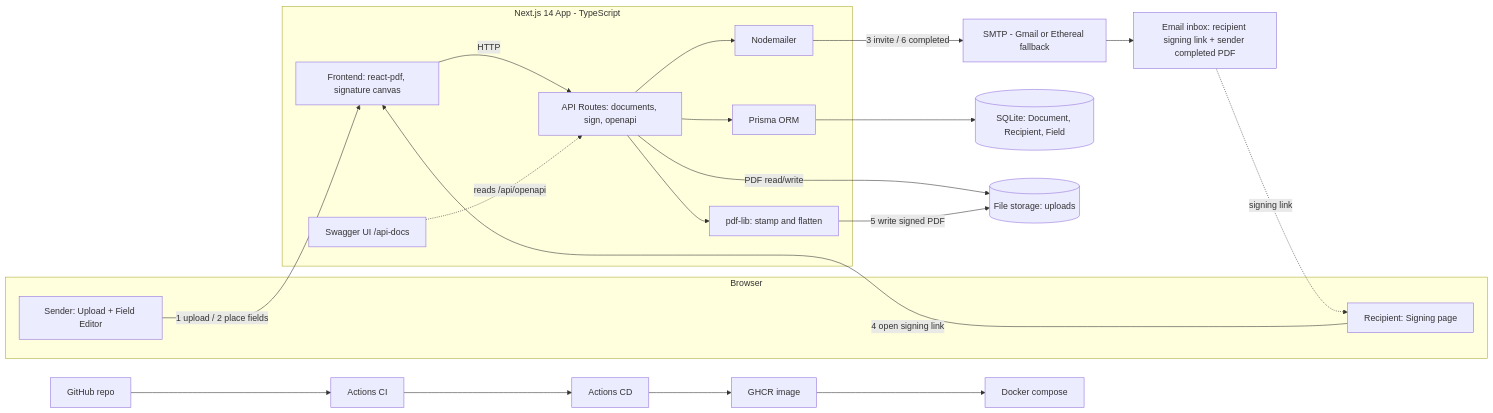
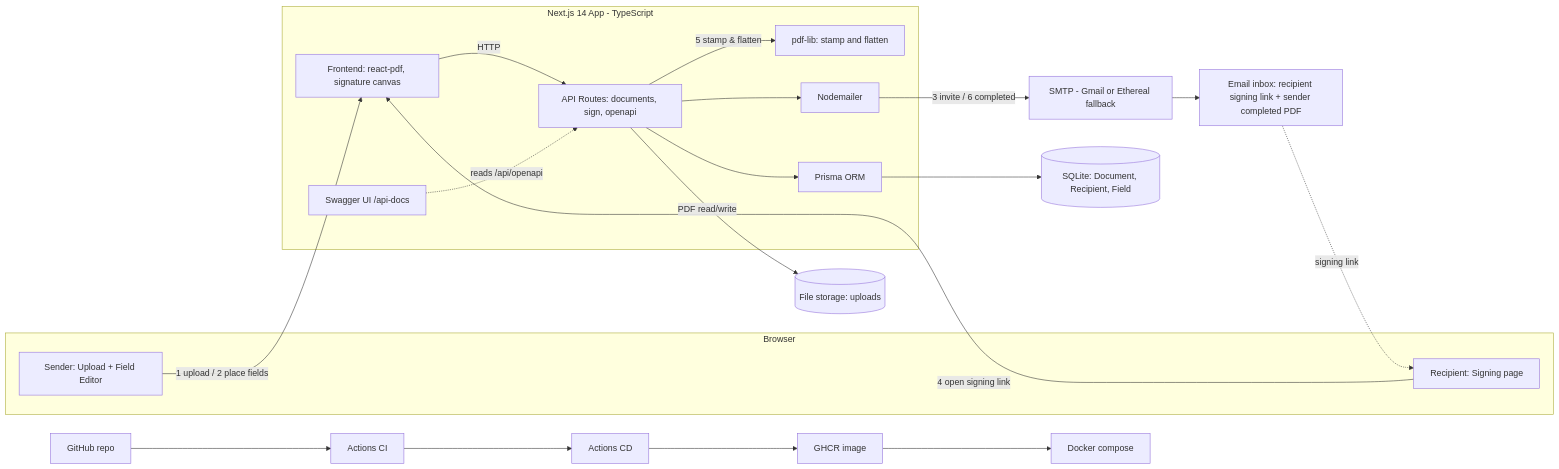
The second of 2 diagrams in README.md (farahfarchoukh/esign-mvp), drawn with Mermaid before and after one commit. The commit also changed 1 other file, not shown here.

Commit message:
docs: restore step 5 on API->pdf-lib; keep diagram + README consistent

````diff
--- a/README.md
+++ b/README.md
@@ -30,31 +30,30 @@
 ```mermaid
 flowchart LR
   subgraph Client[Browser]
     S[Sender: Upload + Field Editor]
     R[Recipient: Signing page]
   end
   subgraph App[Next.js 14 App - TypeScript]
     FE[Frontend: react-pdf, signature canvas]
     API[API Routes: documents, sign, openapi]
     STAMP[pdf-lib: stamp and flatten]
     MAIL[Nodemailer]
     PRISMA[Prisma ORM]
     SW[Swagger UI /api-docs]
   end
   DB[(SQLite: Document, Recipient, Field)]
   FILES[(File storage: uploads)]
   SMTP[SMTP - Gmail or Ethereal fallback]
   INBOX[Email inbox: recipient signing link + sender completed PDF]
   GH[GitHub repo] --> CI[Actions CI] --> CD[Actions CD] --> GHCR[GHCR image] --> DOCKER[Docker compose]
   S -->|1 upload / 2 place fields| FE
   R -->|4 open signing link| FE
   FE -->|HTTP| API
-  API --> STAMP
+  API -->|5 stamp & flatten| STAMP
   API --> MAIL
   API --> PRISMA --> DB
   API -->|PDF read/write| FILES
-  STAMP -->|5 write signed PDF| FILES
   MAIL -->|3 invite / 6 completed| SMTP --> INBOX
   INBOX -.signing link.-> R
   SW -.reads /api/openapi.-> API
 ```
````
